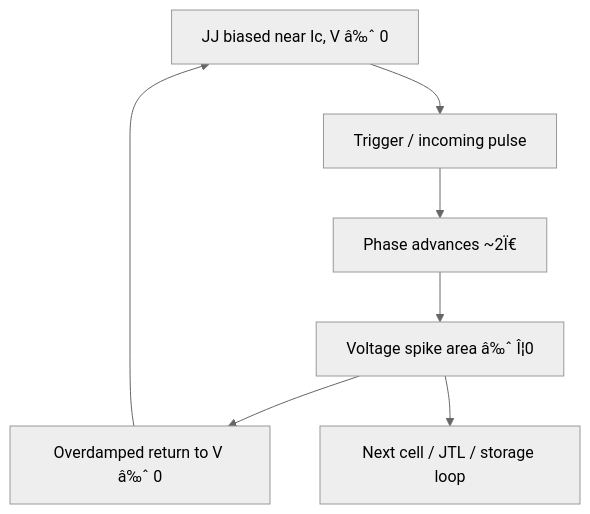
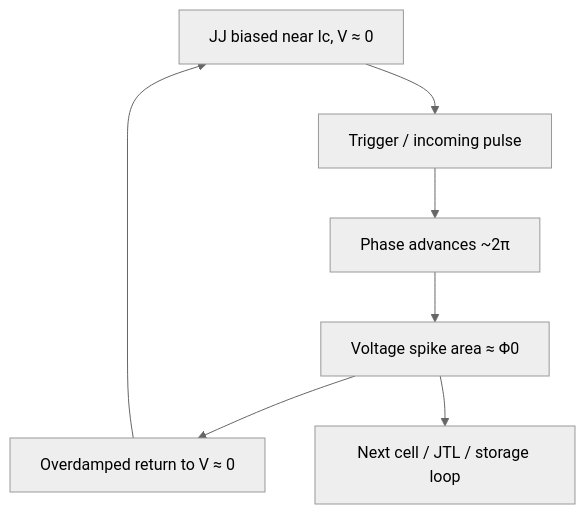
One commit to Single-Flux-Quantum/sfq-learn-public changed the second of 2 diagrams in docs/bridge/phase-to-pulse.md. Above: the diagram before and after it, drawn with Mermaid (neutral theme). The commit also changed other lines of this file and 39 other files, not shown here.

````diff
--- a/docs/bridge/phase-to-pulse.md
+++ b/docs/bridge/phase-to-pulse.md
@@ -257,9 +257,9 @@
 ```mermaid
 flowchart TD
-  Idle[JJ biased near Ic, V â‰ˆ 0] --> Trig[Trigger / incoming pulse]
-  Trig --> Slip[Phase advances ~2Ï€]
-  Slip --> Pulse[Voltage spike area â‰ˆ Î¦0]
-  Pulse --> Recover[Overdamped return to V â‰ˆ 0]
+  Idle[JJ biased near Ic, V ≈ 0] --> Trig[Trigger / incoming pulse]
+  Trig --> Slip[Phase advances ~2π]
+  Slip --> Pulse[Voltage spike area ≈ Φ0]
+  Pulse --> Recover[Overdamped return to V ≈ 0]
   Recover --> Idle
   Pulse --> Next[Next cell / JTL / storage loop]
 ```
````
